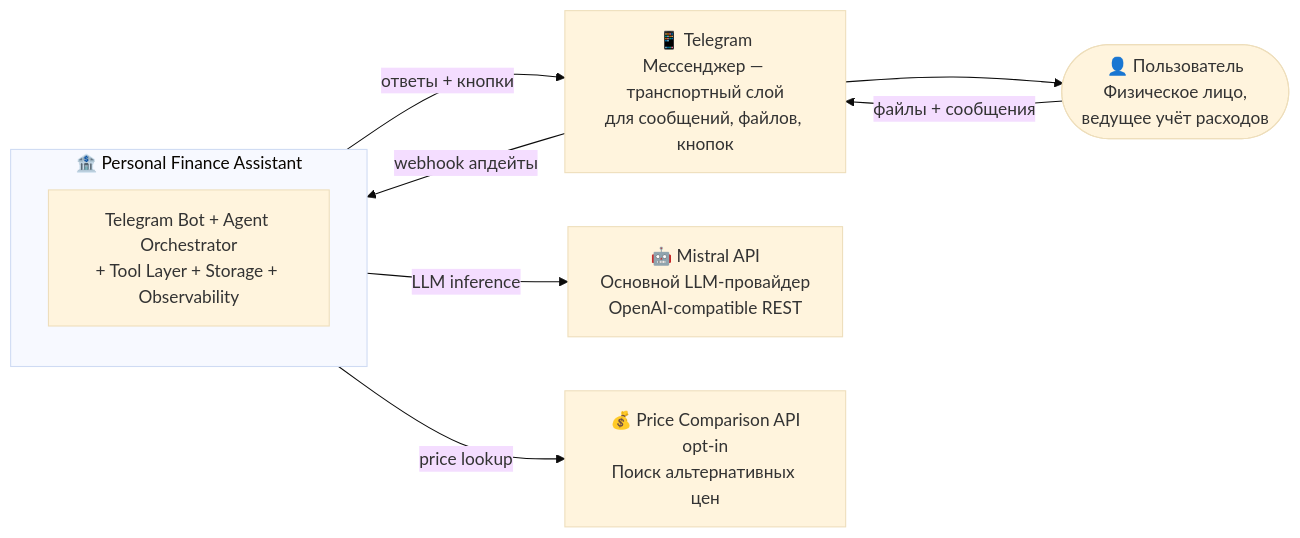
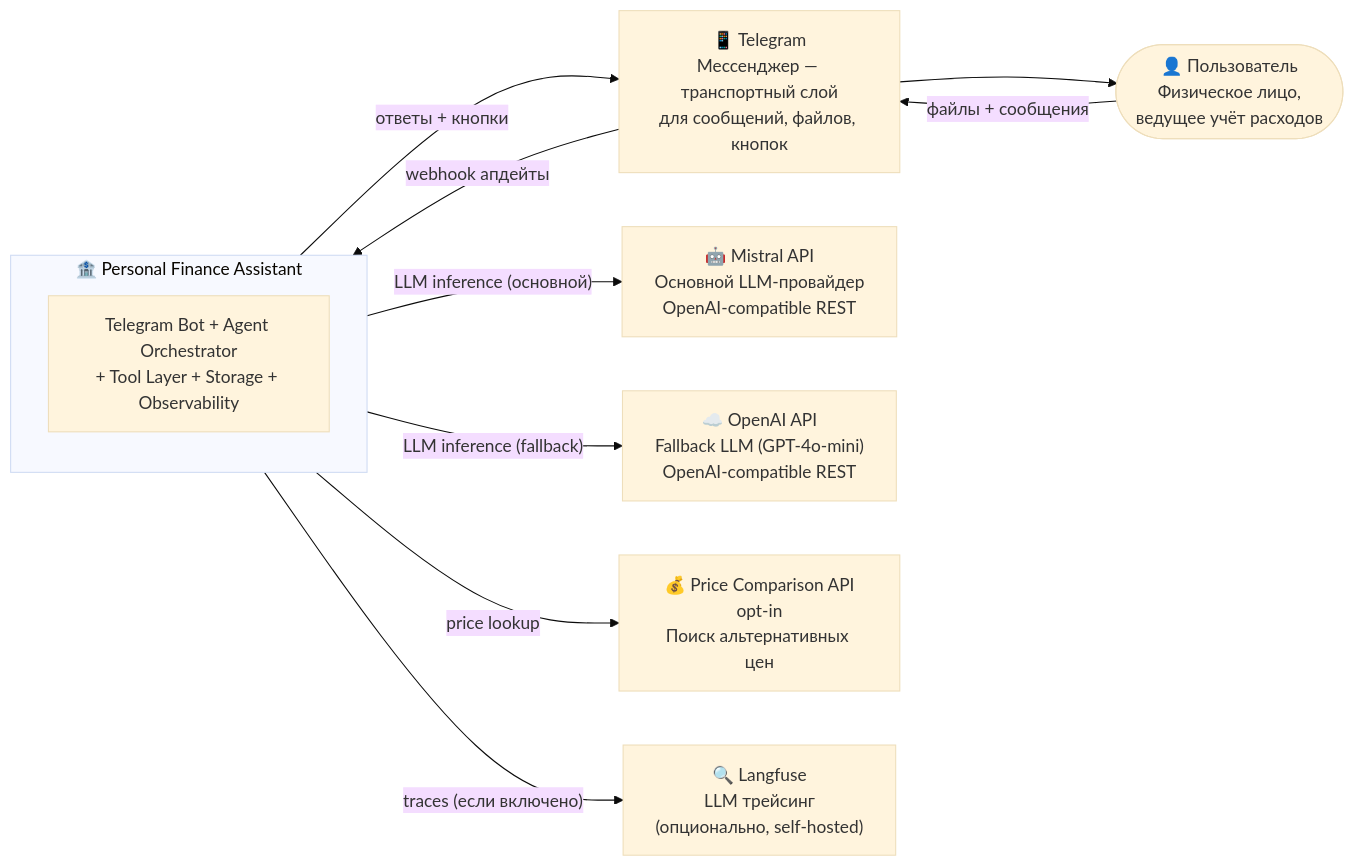
One commit to lveltman/personal-finance-assistant changed the diagram in docs/diagrams/c4-context.md. Above: the diagram before and after it, drawn with Mermaid (base theme). The commit also changed other lines of this file and 28 other files, not shown here.

````diff
--- a/docs/diagrams/c4-context.md
+++ b/docs/diagrams/c4-context.md
@@ -5,19 +5,23 @@
 ```mermaid
 flowchart LR
     User(["👤 Пользователь\nФизическое лицо,\nведущее учёт расходов"])
 
     subgraph PFA["🏦 Personal Finance Assistant"]
         Core["Telegram Bot + Agent Orchestrator\n+ Tool Layer + Storage + Observability"]
     end
 
     TG["📱 Telegram\nМессенджер — транспортный слой\nдля сообщений, файлов, кнопок"]
     Mistral["🤖 Mistral API\nОсновной LLM-провайдер\nOpenAI-compatible REST"]
+    OpenAI["☁️ OpenAI API\nFallback LLM (GPT-4o-mini)\nOpenAI-compatible REST"]
     PriceAPI["💰 Price Comparison API\nopt-in\nПоиск альтернативных цен"]
+    Langfuse["🔍 Langfuse\nLLM трейсинг\n(опционально, self-hosted)"]
 
     User -->|"файлы + сообщения"| TG
     TG -->|"webhook апдейты"| PFA
     PFA -->|"ответы + кнопки"| TG
     TG --> User
-    PFA -->|"LLM inference"| Mistral
+    PFA -->|"LLM inference (основной)"| Mistral
+    PFA -->|"LLM inference (fallback)"| OpenAI
     PFA -->|"price lookup"| PriceAPI
+    PFA -->|"traces (если включено)"| Langfuse
 ```
````
